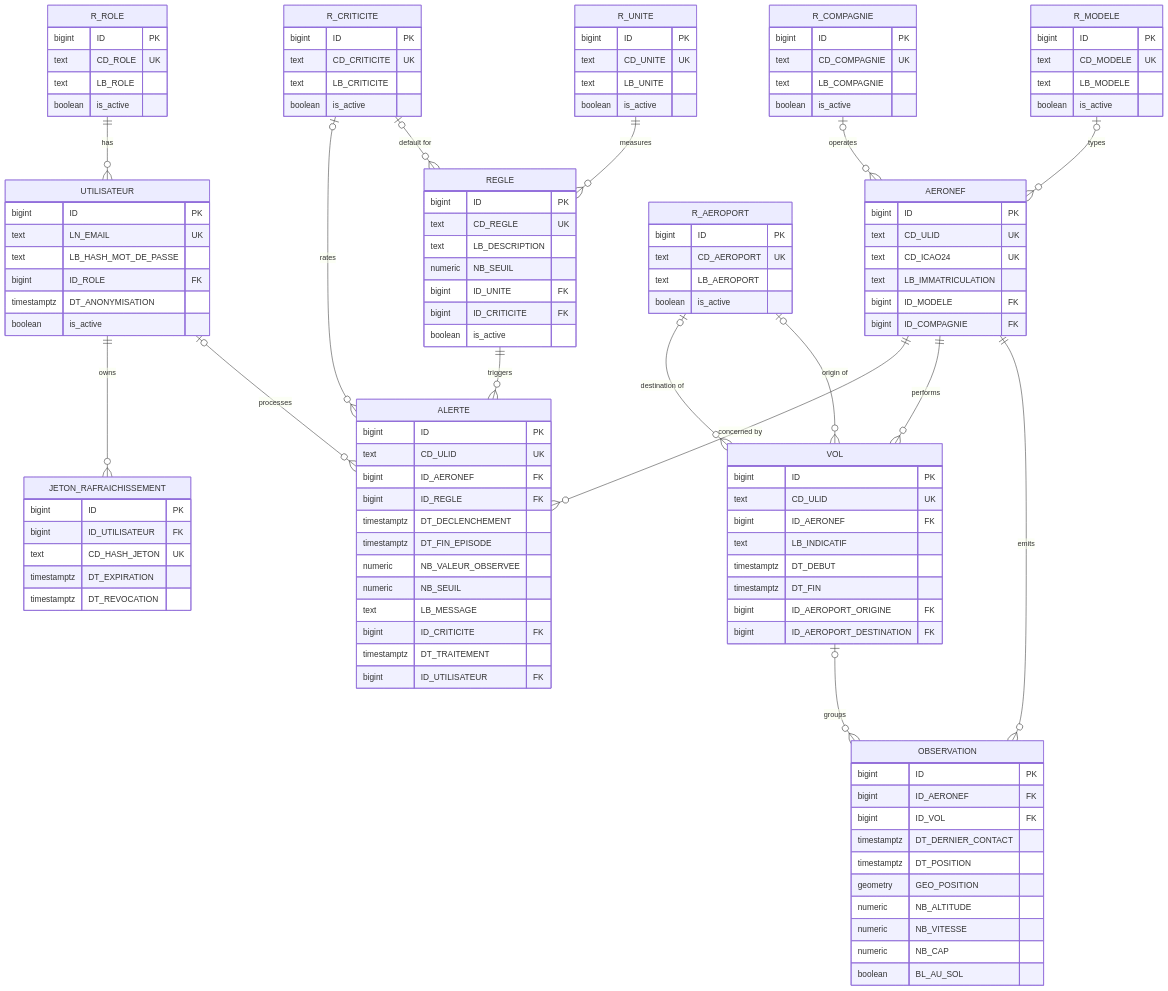
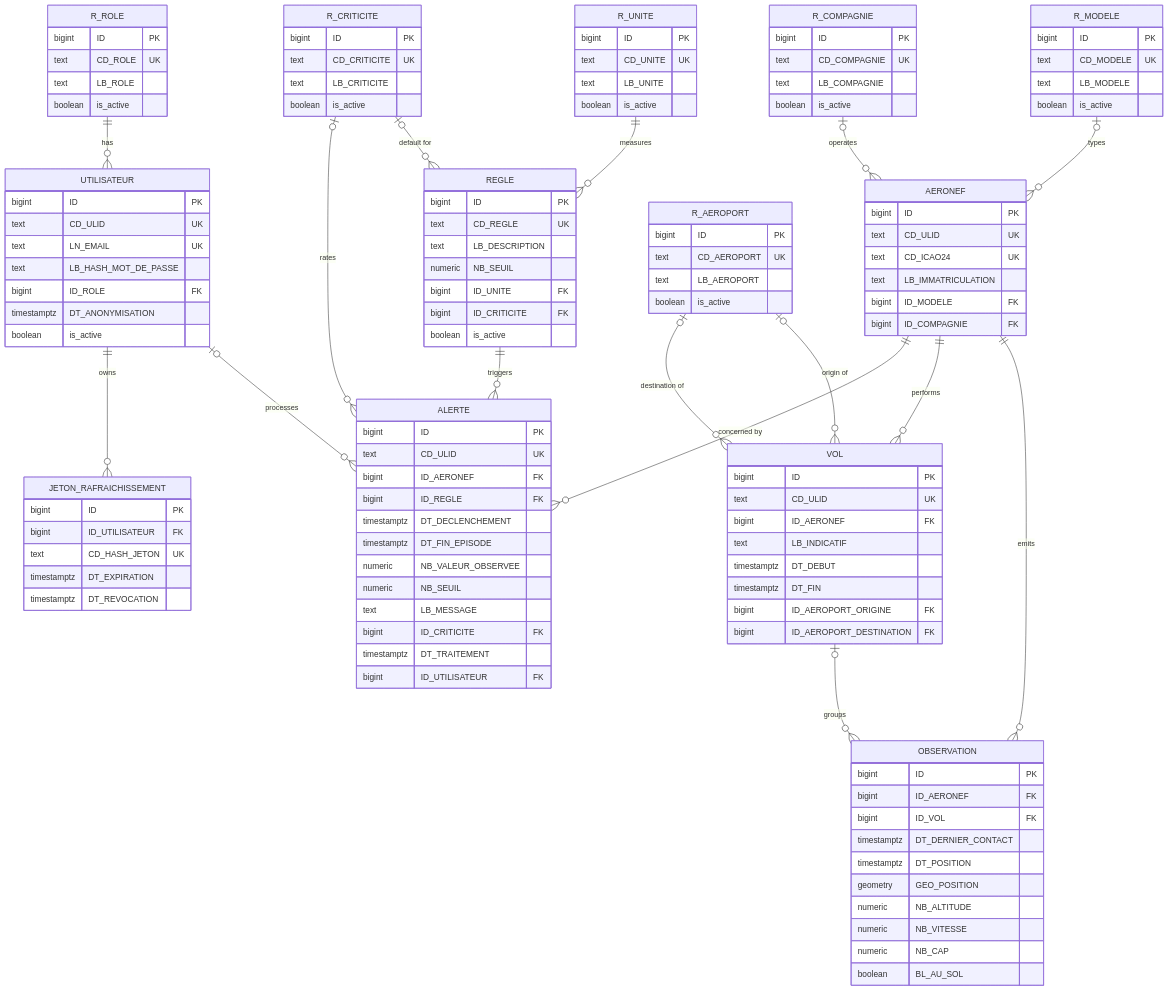
Before and after one commit to thibault-dlb/aerosafe: the diagram in docs/data-model.md, drawn with Mermaid. The commit also changed other lines of this file and 4 other files, not shown here.

```diff
--- a/docs/data-model.md
+++ b/docs/data-model.md
@@ -105,6 +105,7 @@
     }
     UTILISATEUR {
         bigint ID PK
+        text CD_ULID UK
         text LN_EMAIL UK
         text LB_HASH_MOT_DE_PASSE
         bigint ID_ROLE FK
```
